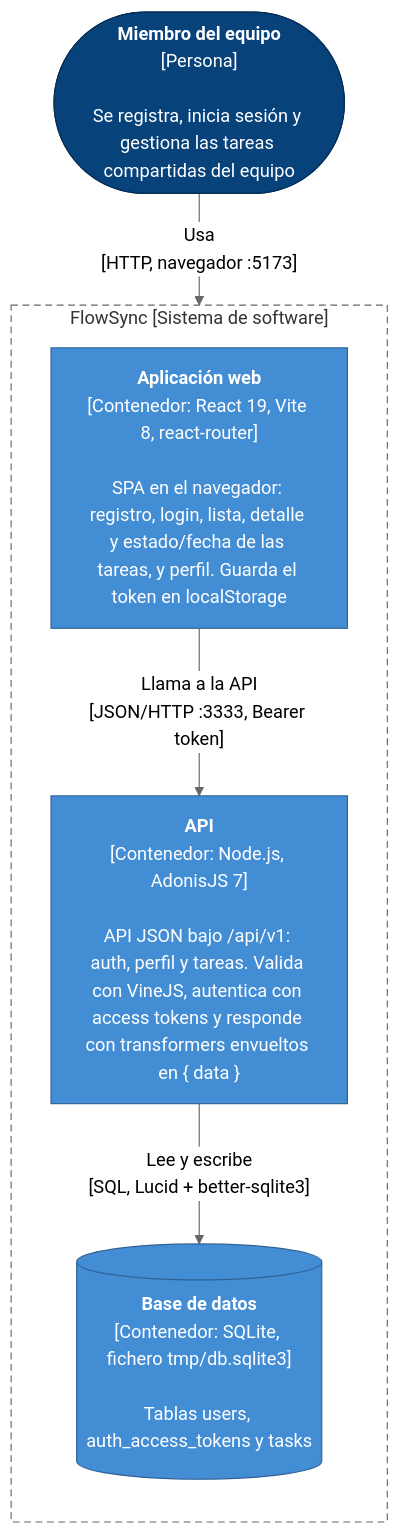
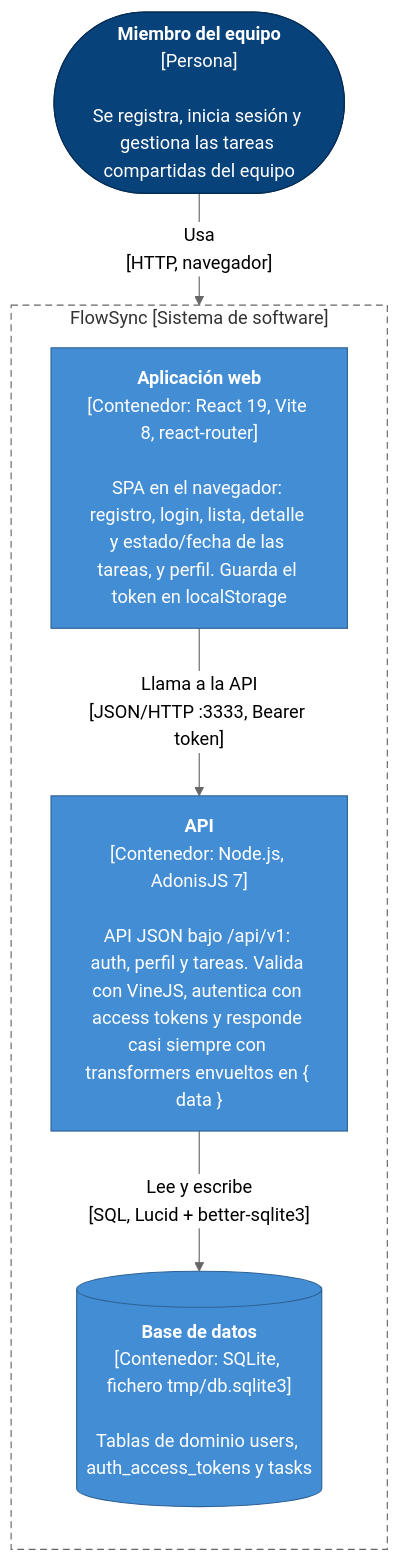
Before and after one commit to albertojimenezramiro/flowsync-ai4devs-202609-1: the diagram in docs/architecture.md, drawn with Mermaid (neutral theme). The commit also changed other lines of this file, not shown here.

Commit message:
docs(architecture): ajustar el diagrama a lo verificable en el código

````diff
--- a/docs/architecture.md
+++ b/docs/architecture.md
@@ -5,26 +5,26 @@
 ```mermaid
 flowchart TB
     user(["<b>Miembro del equipo</b><br/>[Persona]<br/><br/>Se registra, inicia sesión y gestiona las tareas compartidas del equipo"])
 
     subgraph flowsync["FlowSync [Sistema de software]"]
         direction TB
 
         spa["<b>Aplicación web</b><br/>[Contenedor: React 19, Vite 8, react-router]<br/><br/>SPA en el navegador: registro, login, lista, detalle y estado/fecha de las tareas, y perfil. Guarda el token en localStorage"]
 
-        api["<b>API</b><br/>[Contenedor: Node.js, AdonisJS 7]<br/><br/>API JSON bajo /api/v1: auth, perfil y tareas. Valida con VineJS, autentica con access tokens y responde con transformers envueltos en { data }"]
+        api["<b>API</b><br/>[Contenedor: Node.js, AdonisJS 7]<br/><br/>API JSON bajo /api/v1: auth, perfil y tareas. Valida con VineJS, autentica con access tokens y responde casi siempre con transformers envueltos en { data }"]
 
-        db[("<b>Base de datos</b><br/>[Contenedor: SQLite, fichero tmp/db.sqlite3]<br/><br/>Tablas users, auth_access_tokens y tasks")]
+        db[("<b>Base de datos</b><br/>[Contenedor: SQLite, fichero tmp/db.sqlite3]<br/><br/>Tablas de dominio users, auth_access_tokens y tasks")]
     end
 
-    user -->|"Usa<br/>[HTTP, navegador :5173]"| spa
+    user -->|"Usa<br/>[HTTP, navegador]"| spa
     spa -->|"Llama a la API<br/>[JSON/HTTP :3333, Bearer token]"| api
     api -->|"Lee y escribe<br/>[SQL, Lucid + better-sqlite3]"| db
 
     classDef person fill:#08427b,stroke:#052e56,color:#fff
     classDef container fill:#438dd5,stroke:#2e6295,color:#fff
     classDef boundary fill:none,stroke:#666,stroke-dasharray:6 4,color:#333
 
     class user person
     class spa,api,db container
     class flowsync boundary
 ```
````
